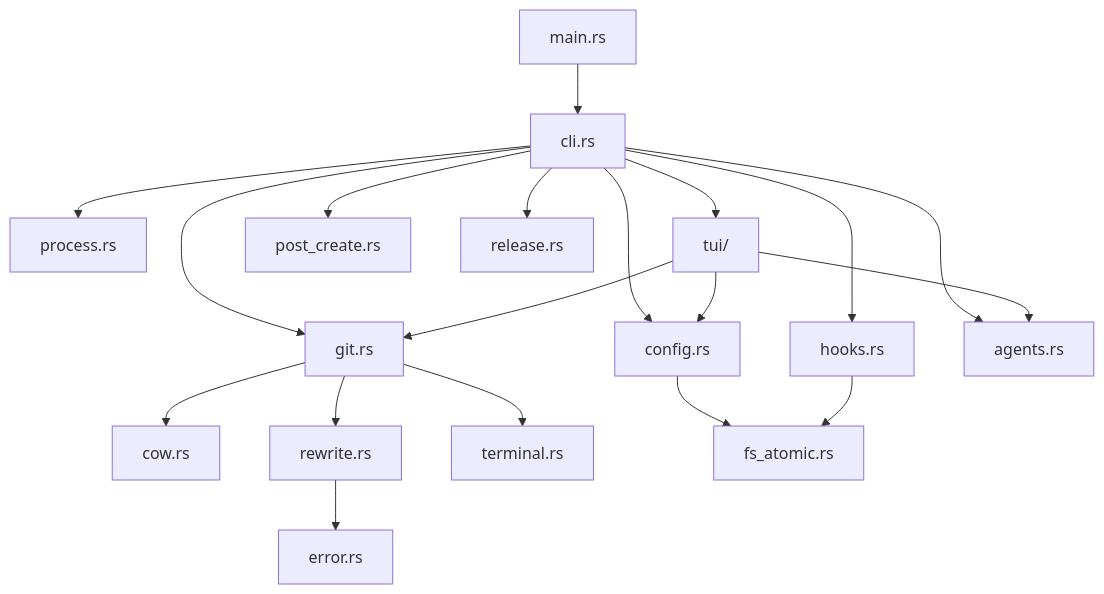
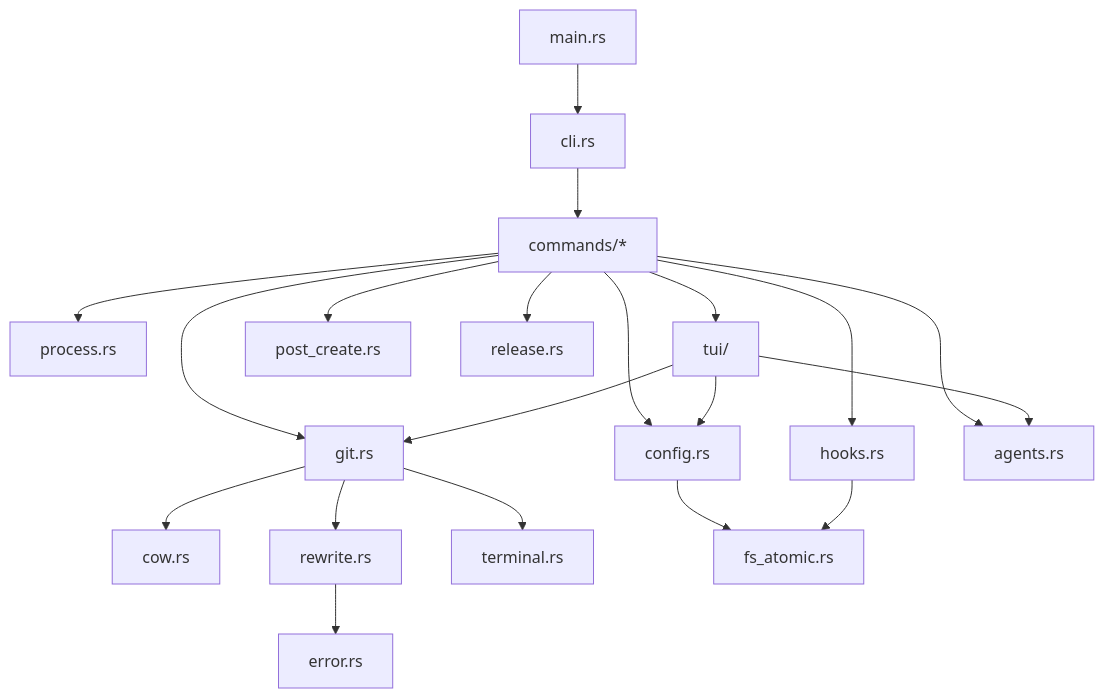
Before and after one commit to denysbutenko/git-warp: the diagram in docs/technical-overview.md, drawn with Mermaid. The commit also changed other lines of this file, not shown here.

````diff
--- a/docs/technical-overview.md
+++ b/docs/technical-overview.md
@@ -148,21 +160,22 @@
 ```mermaid
 graph TD
     A[main.rs] --> B[cli.rs]
-    B --> C[git.rs]
-    B --> D[config.rs]
-    B --> E[process.rs]
-    B --> F[tui/]
-    B --> K[hooks.rs]
-    B --> L[agents.rs]
-    B --> M[post_create.rs]
-    B --> N[release.rs]
+    B --> P[commands/*]
+    P --> C[git.rs]
+    P --> D[config.rs]
+    P --> E[process.rs]
+    P --> F[tui/]
+    P --> K[hooks.rs]
+    P --> L[agents.rs]
+    P --> M[post_create.rs]
+    P --> N[release.rs]
     C --> G[cow.rs]
     C --> H[rewrite.rs]
     C --> I[terminal.rs]
     D --> O[fs_atomic.rs]
     K --> O
     F --> C
     F --> L
     F --> D
     H --> J[error.rs]
 ```
````
